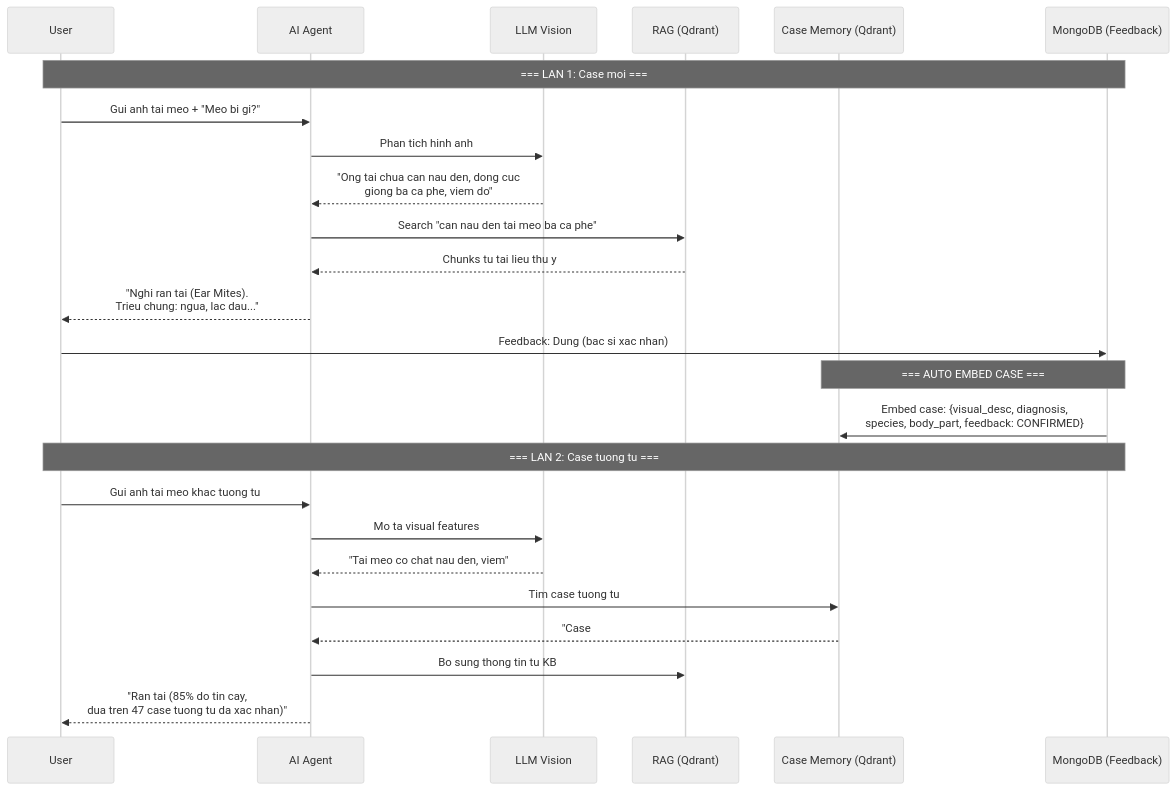
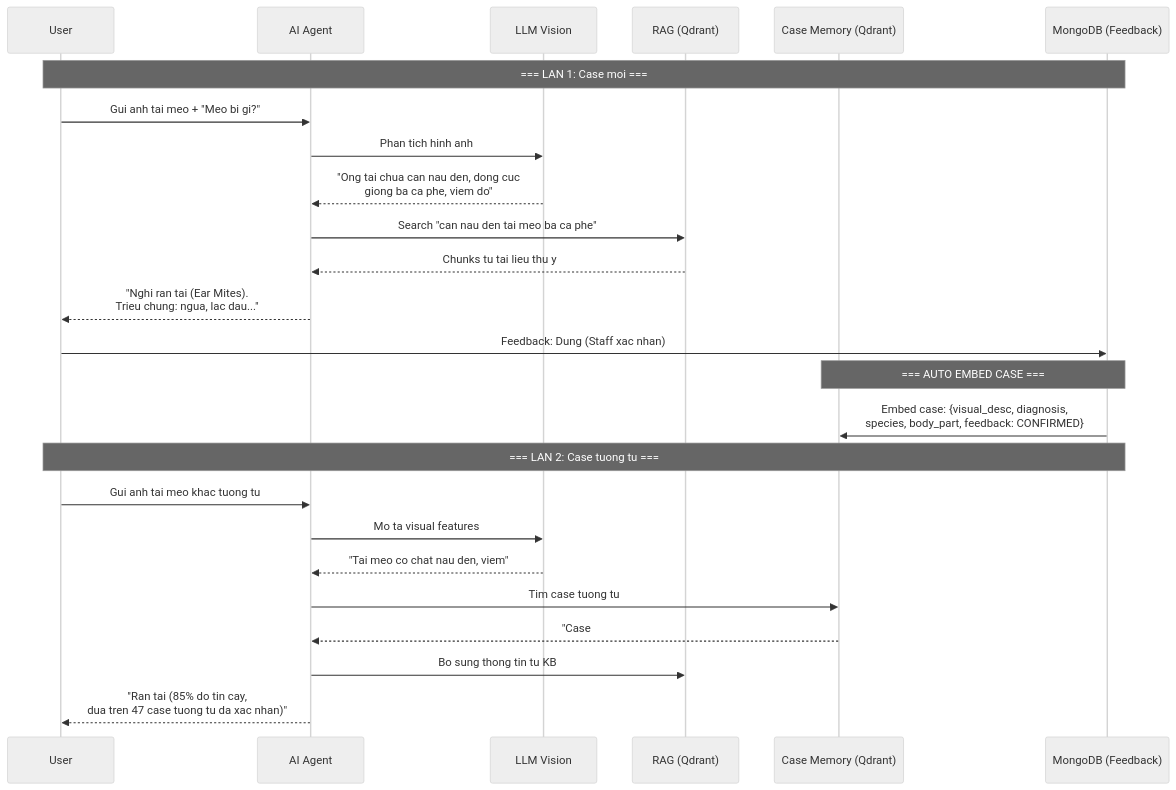
One commit to espresso23/Petties-Veterinary-Appointment-Booking-Platform changed the sixth of 11 diagrams in docs-references/documentation/AI_AGENT_DATA_IMPROVEMENT_STRATEGY.md. Above: the diagram before and after it, drawn with Mermaid (neutral theme). The commit also changed other lines of this file and 69 other files, not shown here.

````diff
--- a/docs-references/documentation/AI_AGENT_DATA_IMPROVEMENT_STRATEGY.md
+++ b/docs-references/documentation/AI_AGENT_DATA_IMPROVEMENT_STRATEGY.md
@@ -670,31 +670,31 @@
 ```mermaid
 sequenceDiagram
     participant User
     participant Agent as AI Agent
     participant Vision as LLM Vision
     participant RAG as RAG (Qdrant)
     participant CaseMem as Case Memory (Qdrant)
     participant MongoDB as MongoDB (Feedback)
 
     Note over User,MongoDB: === LAN 1: Case moi ===
     User->>Agent: Gui anh tai meo + "Meo bi gi?"
     Agent->>Vision: Phan tich hinh anh
     Vision-->>Agent: "Ong tai chua can nau den, dong cuc<br/>giong ba ca phe, viem do"
     Agent->>RAG: Search "can nau den tai meo ba ca phe"
     RAG-->>Agent: Chunks tu tai lieu thu y
     Agent-->>User: "Nghi ran tai (Ear Mites).<br/>Trieu chung: ngua, lac dau..."
     
-    User->>MongoDB: Feedback: Dung (bac si xac nhan)
+    User->>MongoDB: Feedback: Dung (Staff xac nhan)
     
     Note over MongoDB,CaseMem: === AUTO EMBED CASE ===
     MongoDB->>CaseMem: Embed case: {visual_desc, diagnosis,<br/>species, body_part, feedback: CONFIRMED}
     
     Note over User,MongoDB: === LAN 2: Case tuong tu ===
     User->>Agent: Gui anh tai meo khac tuong tu
     Agent->>Vision: Mo ta visual features
     Vision-->>Agent: "Tai meo co chat nau den, viem"
     Agent->>CaseMem: Tim case tuong tu
-    CaseMem-->>Agent: "Case #47: Tai meo can nau den<br/>-> Ran tai (Otodectes cynotis)<br/>-> DA XAC NHAN boi bac si"
+    CaseMem-->>Agent: "Case #47: Tai meo can nau den<br/>-> Ran tai (Otodectes cynotis)<br/>-> DA XAC NHAN boi Staff"
     Agent->>RAG: Bo sung thong tin tu KB
     Agent-->>User: "Ran tai (85% do tin cay,<br/>dua tren 47 case tuong tu da xac nhan)"
 ```
````
